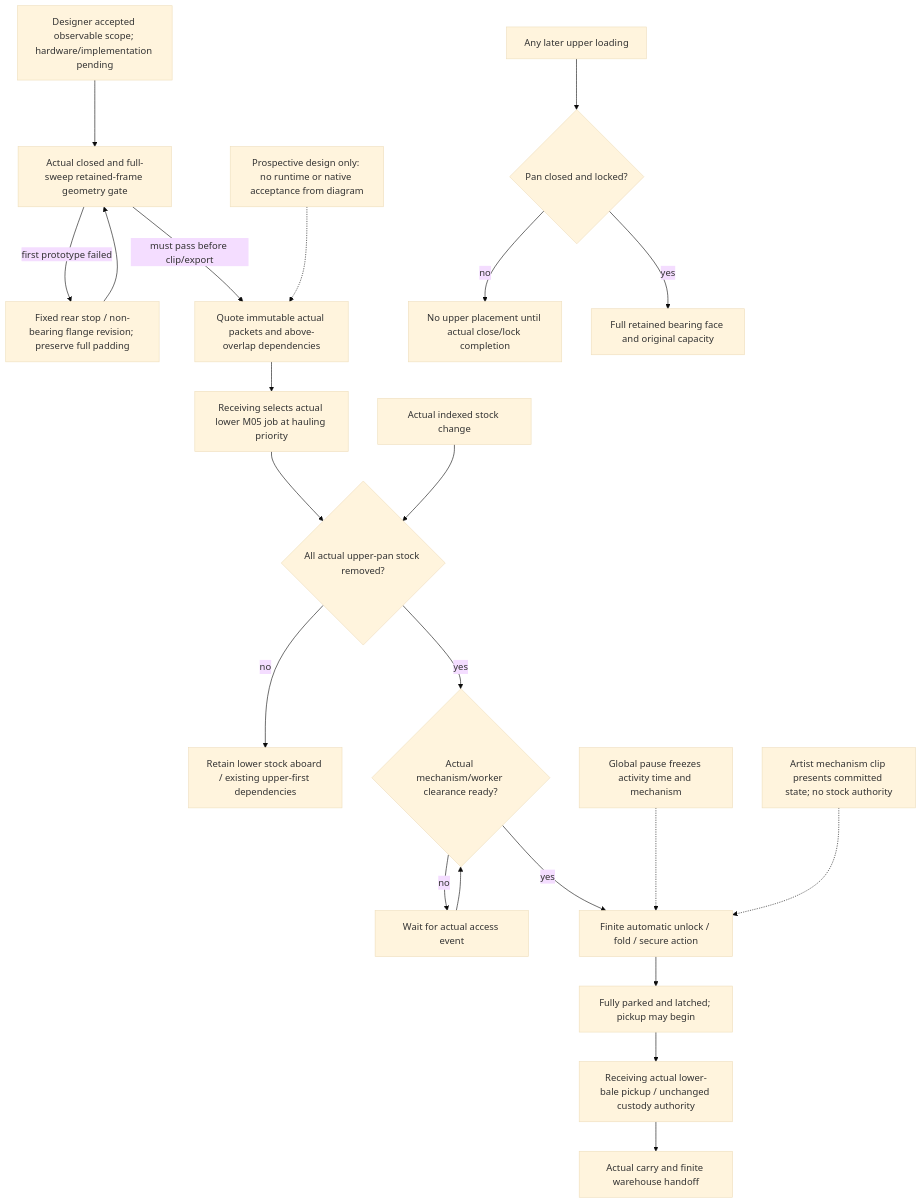
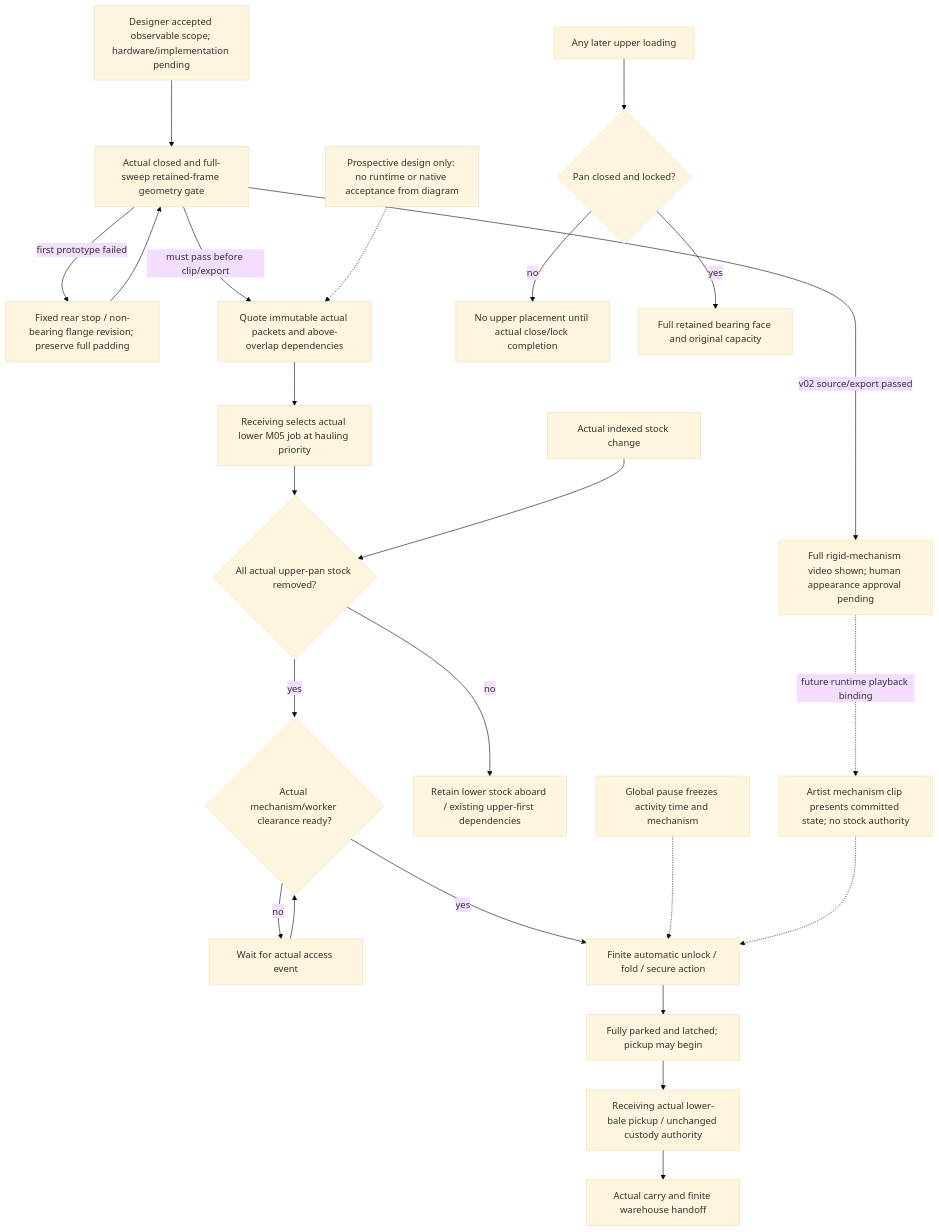
The diagram in docs/diagrams/s4_bale_service.mmd (TheInfinityIQ/Trencho_V4), drawn with Mermaid (base theme) before and after one commit. The commit also changed 9 other files, not shown here.

```diff
--- a/docs/diagrams/s4_bale_service.mmd
+++ b/docs/diagrams/s4_bale_service.mmd
@@ -1,22 +1,24 @@
 flowchart TD
   Scope[Designer accepted observable scope; hardware/implementation pending] --> Hardware[Actual closed and full-sweep retained-frame geometry gate]
   Hardware -->|first prototype failed| Revise[Fixed rear stop / non-bearing flange revision; preserve full padding]
   Revise --> Hardware
+  Hardware -->|v02 source/export passed| Art[Full rigid-mechanism video shown; human appearance approval pending]
+  Art -. future runtime playback binding .-> View
   Hardware -->|must pass before clip/export| Manifest[Quote immutable actual packets and above-overlap dependencies]
   Manifest --> Source[Receiving selects actual lower M05 job at hauling priority]
   Source --> Empty{All actual upper-pan stock removed?}
   Empty -->|no| Wait[Retain lower stock aboard / existing upper-first dependencies]
   StockEvent[Actual indexed stock change] --> Empty
   Empty -->|yes| Clear{Actual mechanism/worker clearance ready?}
   Clear -->|no| Clearance[Wait for actual access event]
   Clearance --> Clear
   Clear -->|yes| Prepare[Finite automatic unlock / fold / secure action]
   Prepare --> Parked[Fully parked and latched; pickup may begin]
   Parked --> Pickup[Receiving actual lower-bale pickup / unchanged custody authority]
   Pickup --> Receipt[Actual carry and finite warehouse handoff]
   Pause[Global pause freezes activity time and mechanism] -.-> Prepare
   UpperPlacement[Any later upper loading] --> Closed{Pan closed and locked?}
   Closed -->|no| Reject[No upper placement until actual close/lock completion]
   Closed -->|yes| Support[Full retained bearing face and original capacity]
   View[Artist mechanism clip presents committed state; no stock authority] -.-> Prepare
   Note[Prospective design only: no runtime or native acceptance from diagram] -.-> Manifest
```
